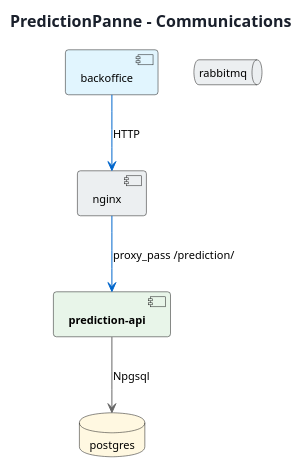
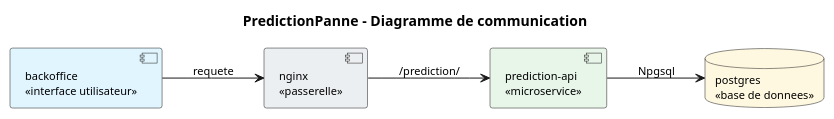
One commit to saber-barhoumi/Xpark-gmao changed the diagram in docs/diagrams/microservices/PredictionPanne/PredictionPanne-communication.puml. Above: the diagram before and after it, drawn with PlantUML. The commit also changed 23 other files, not shown here.

First line of the commit message:
docs(uml): mise en page des cas d'utilisation et des communications

```diff
--- a/docs/diagrams/microservices/PredictionPanne/PredictionPanne-communication.puml
+++ b/docs/diagrams/microservices/PredictionPanne/PredictionPanne-communication.puml
@@ -1,30 +1,33 @@
 @startuml
 skinparam style strictuml
-skinparam backgroundColor #FFFFFF
+skinparam packageStyle rectangle
+skinparam classAttributeIconSize 0
 skinparam shadowing false
 skinparam defaultFontName Verdana
 skinparam defaultFontSize 11
-skinparam roundCorner 6
-skinparam ArrowColor #4A5568
-skinparam TitleFontSize 16
-skinparam TitleFontColor #1A202C
-skinparam NoteBackgroundColor #FFF8DC
-skinparam NoteBorderColor #D6BF7A
+skinparam backgroundColor #FFFFFF
+hide empty members
 skinparam componentStyle rectangle
+left to right direction
 
-title PredictionPanne - Communications
 
-skinparam componentStyle rectangle
+title PredictionPanne - Diagramme de communication
 
-component "**prediction-api**" as ME #E8F5E9
+' 1. Clients
+component "backoffice\n<<interface utilisateur>>" as BO #E1F5FE
 
-component "backoffice" as BO #E1F5FE
-component "nginx" as GWc #ECEFF1
-database "postgres" as PG #FFF8E1
-queue "rabbitmq" as MQ #ECEFF1
+' 2. Passerelle
+component "nginx\n<<passerelle>>" as GW #ECEFF1
 
-BO -[#0066CC]-> GWc : HTTP
-GWc -[#0066CC]-> ME : proxy_pass /prediction/
-ME -[#666666]-> PG : Npgsql
+' 3. Service
+component "prediction-api\n<<microservice>>" as API #E8F5E9
+
+' 4. Persistance et messagerie
+database "postgres\n<<base de donnees>>" as BD #FFF8E1
+
+' Flux synchrone (HTTP), de gauche a droite
+BO --> GW : requete
+GW --> API : /prediction/
+API --> BD : Npgsql
 
 @enduml
```
